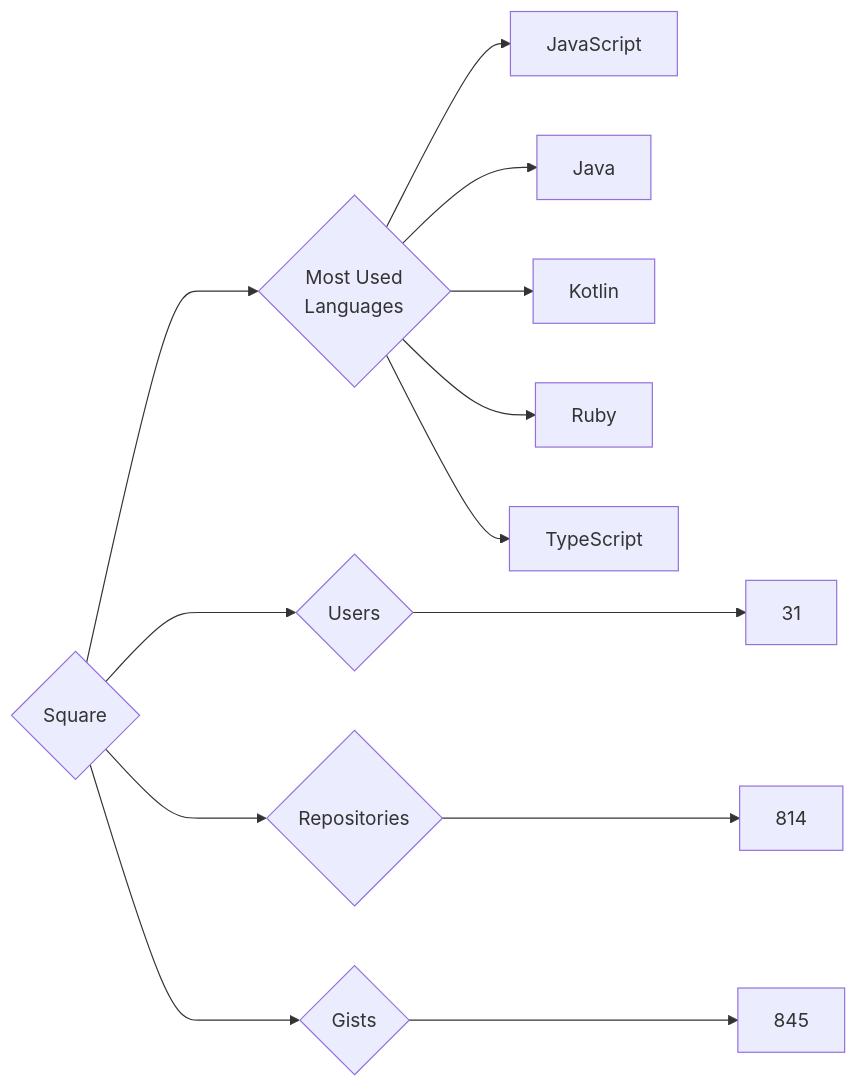
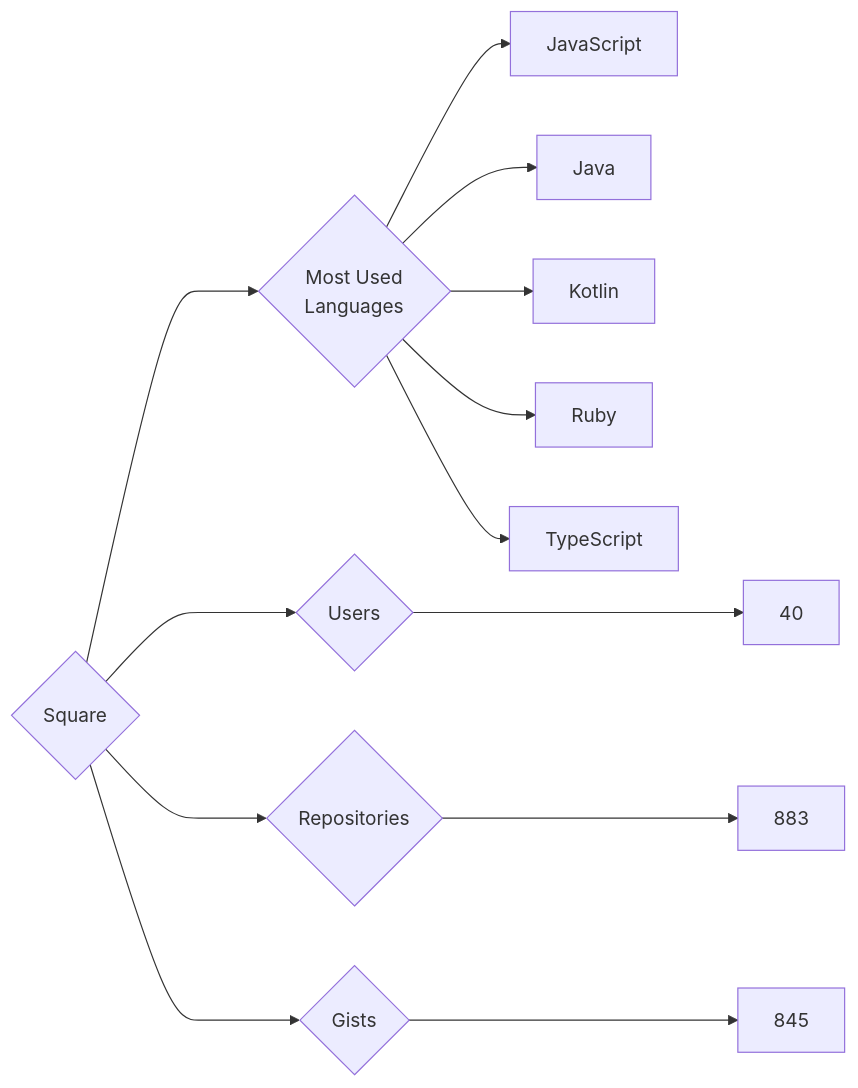
The diagram in targets/Square/README.md (trickest/insiders), drawn with Mermaid before and after one commit. The commit also changed 895 other files, not shown here.

````diff
--- a/targets/Square/README.md
+++ b/targets/Square/README.md
@@ -3,13 +3,13 @@
 ```mermaid
 graph LR
 COMPANY_NAME{Square}
-COMPANY_NAME ---> U{Users} ---> UN[31]
-COMPANY_NAME ---> R{Repositories} ---> RN[814]
+COMPANY_NAME ---> U{Users} ---> UN[40]
+COMPANY_NAME ---> R{Repositories} ---> RN[883]
 COMPANY_NAME ---> G{Gists} ---> GN[845]
 COMPANY_NAME ---> ML{Most Used<br>Languages}
 ML --> JavaScript[JavaScript]
 ML --> Java[Java]
 ML --> Kotlin[Kotlin]
 ML --> Ruby[Ruby]
 ML --> TypeScript[TypeScript]
 ```
````
